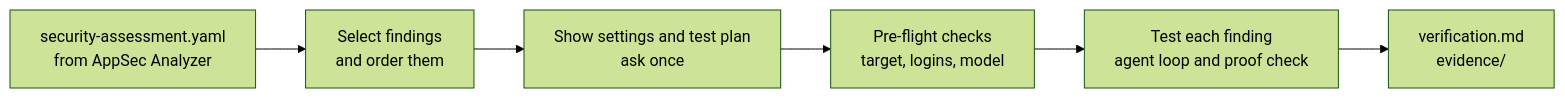
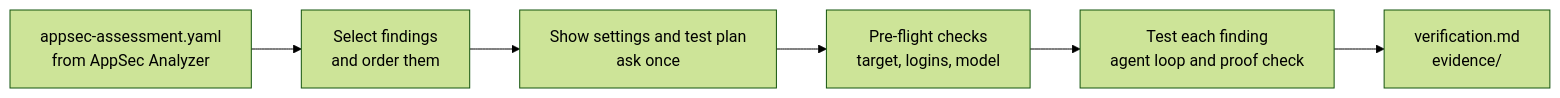
Before and after one commit to appsec-foundry/appsec-verifier: the first of 5 diagrams in docs/how-verification-works.md, drawn with Mermaid (forest theme). The commit also changed other lines of this file and 14 other files, not shown here.

First line of the commit message:
verify+docs: name annotated copies after the assessment, appsec-assessment.yaml by default

````diff
--- a/docs/how-verification-works.md
+++ b/docs/how-verification-works.md
@@ -9,8 +9,8 @@
 ```mermaid
 flowchart LR
-    A["security-assessment.yaml<br/>from AppSec Analyzer"] --> B["Select findings<br/>and order them"]
+    A["appsec-assessment.yaml<br/>from AppSec Analyzer"] --> B["Select findings<br/>and order them"]
     B --> C["Show settings and test plan<br/>ask once"]
     C --> D["Pre-flight checks<br/>target, logins, model"]
     D --> E["Test each finding<br/>agent loop and proof check"]
     E --> F["verification.md<br/>evidence/"]
 ```
````
